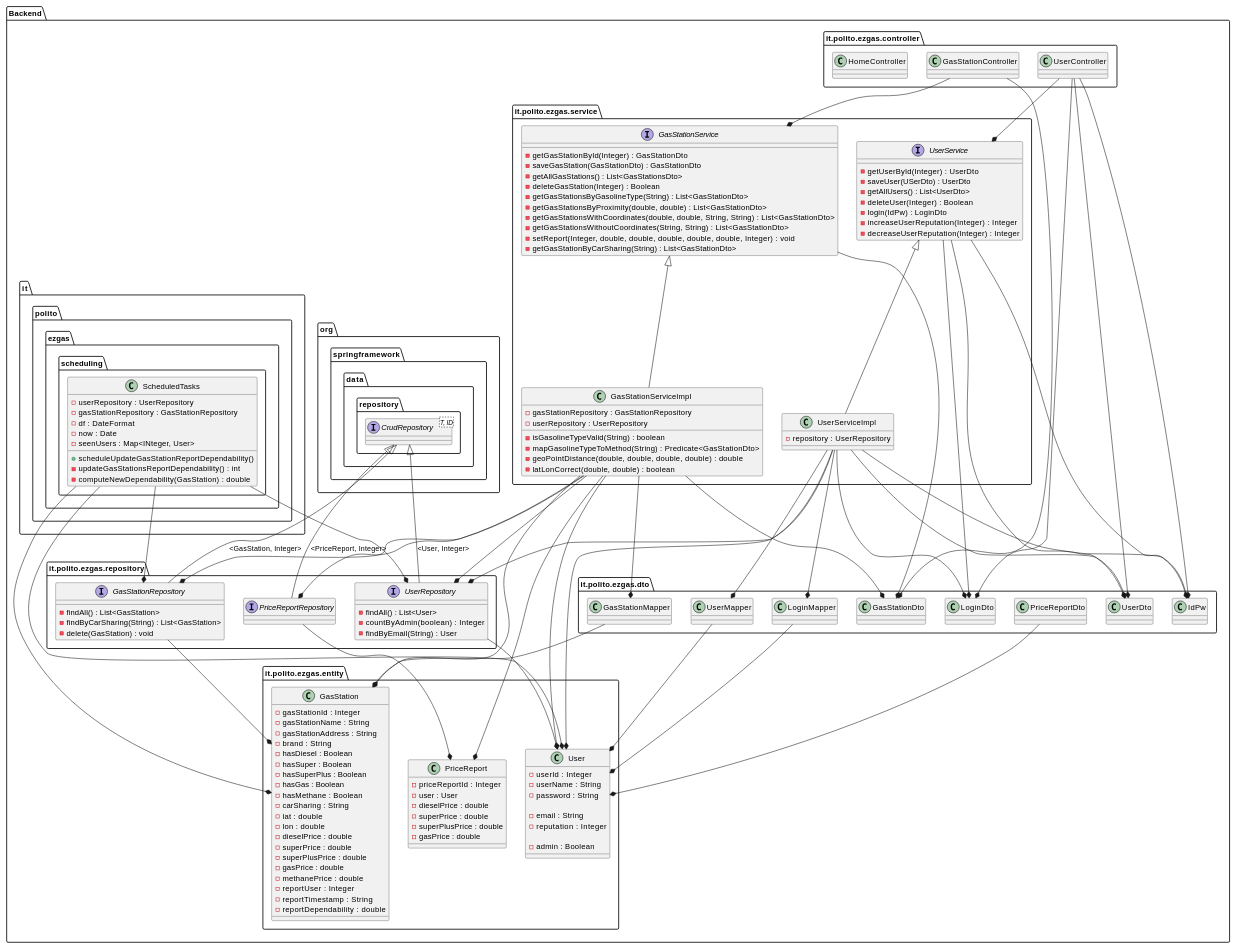
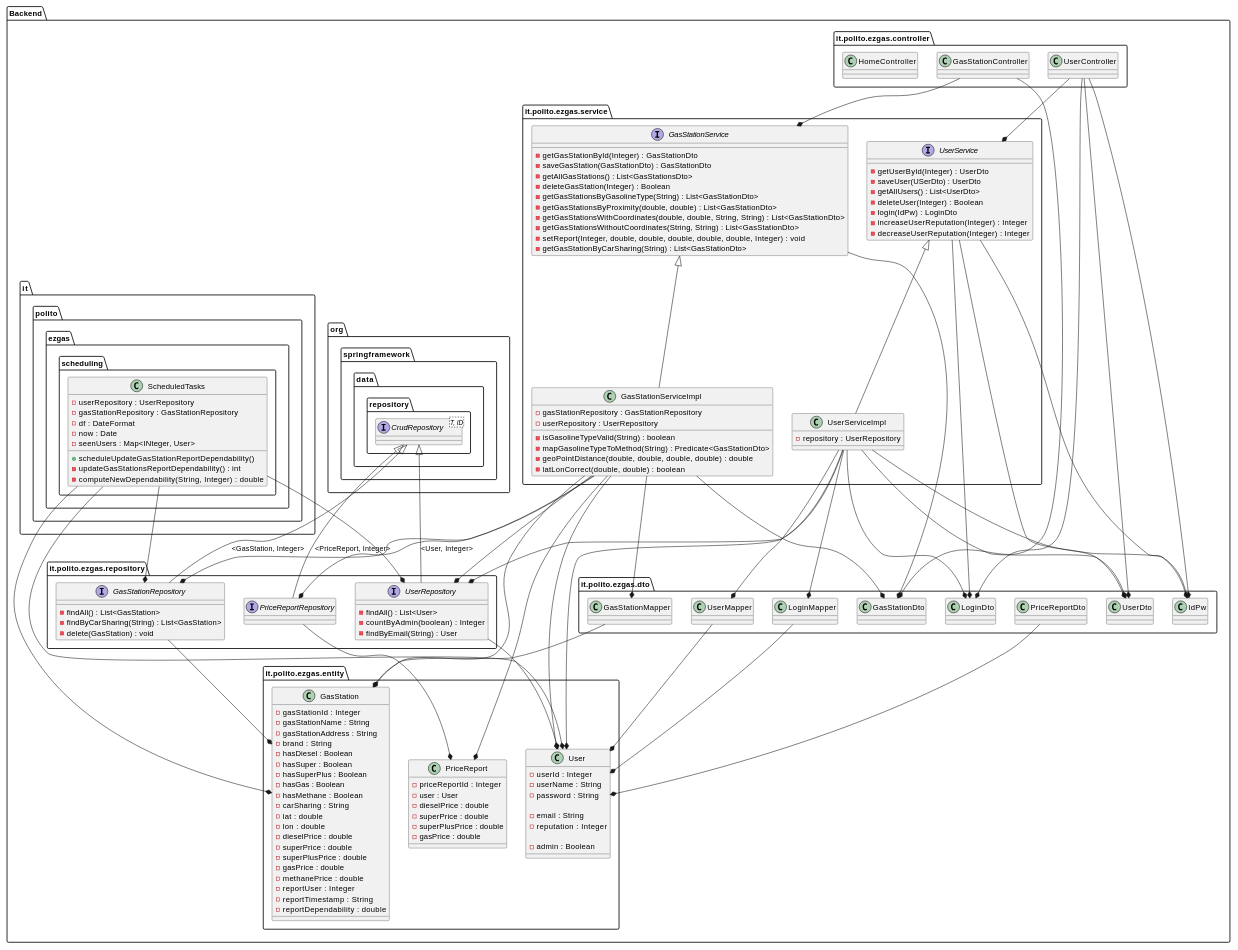
The fourth of 15 diagrams in docs/DesignDocument.md (polito-se2-2020-team6/ezgas), drawn with PlantUML before and after one commit.

Commit message:
docs: changed design

```diff
--- a/docs/DesignDocument.md
+++ b/docs/DesignDocument.md
@@ -344,7 +344,7 @@
         - seenUsers : Map<INteger, User>
         + scheduleUpdateGasStationReportDependability()
         - updateGasStationsReportDependability() : int
-        - computeNewDependability(GasStation) : double
+        - computeNewDependability(String, Integer) : double
     }
 }
 
```
